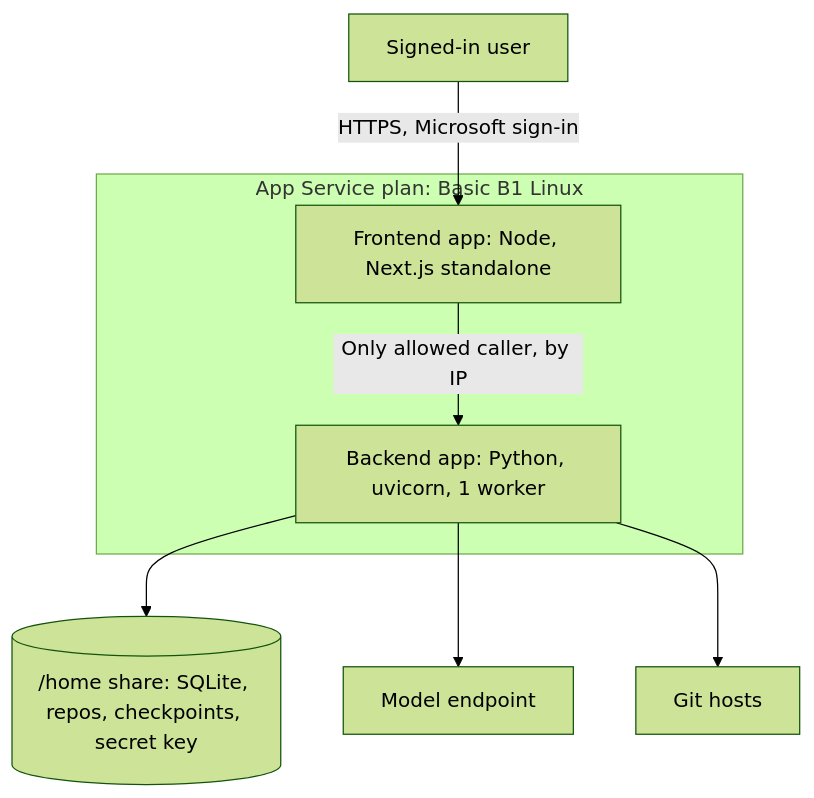
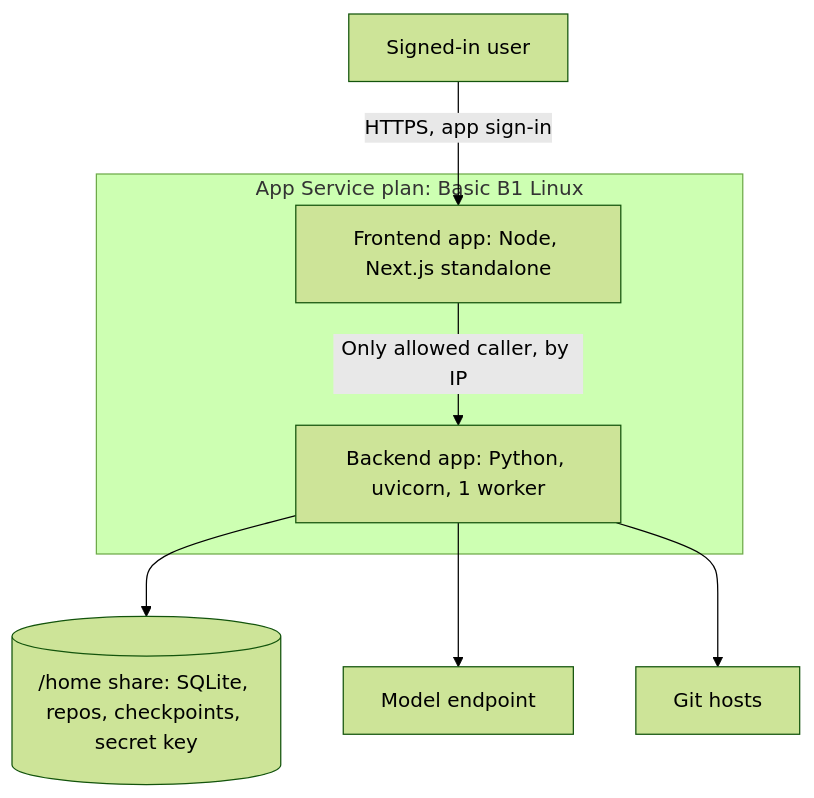
The third of 3 diagrams in docs/SYSTEM_DESIGN.md (sarveshtalele/agentic-qe-platform), drawn with Mermaid (forest theme) before and after one commit. The commit also changed other lines of this file and 138 other files, not shown here.

````diff
--- a/docs/SYSTEM_DESIGN.md
+++ b/docs/SYSTEM_DESIGN.md
@@ -150,12 +150,12 @@
 ```mermaid
 flowchart TB
-  U[Signed-in user] -->|HTTPS, Microsoft sign-in| F
+  U[Signed-in user] -->|HTTPS, app sign-in| F
   subgraph P[App Service plan: Basic B1 Linux]
     F[Frontend app: Node, Next.js standalone]
     B[Backend app: Python, uvicorn, 1 worker]
   end
   F -->|Only allowed caller, by IP| B
   B --> H[(/home share: SQLite, repos, checkpoints, secret key)]
   B --> M[Model endpoint]
   B --> G[Git hosts]
 ```
````
